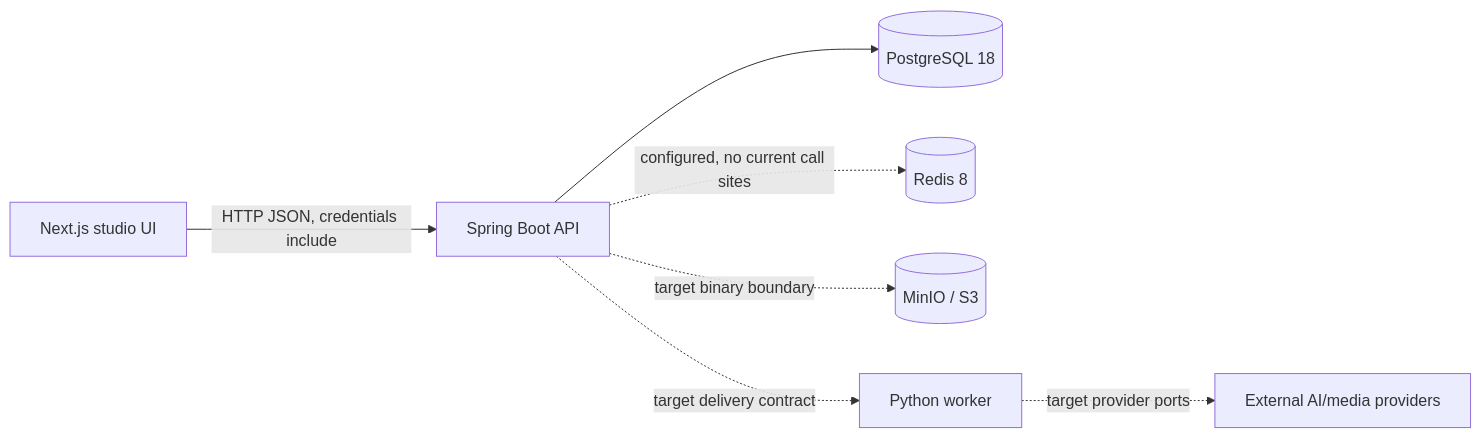
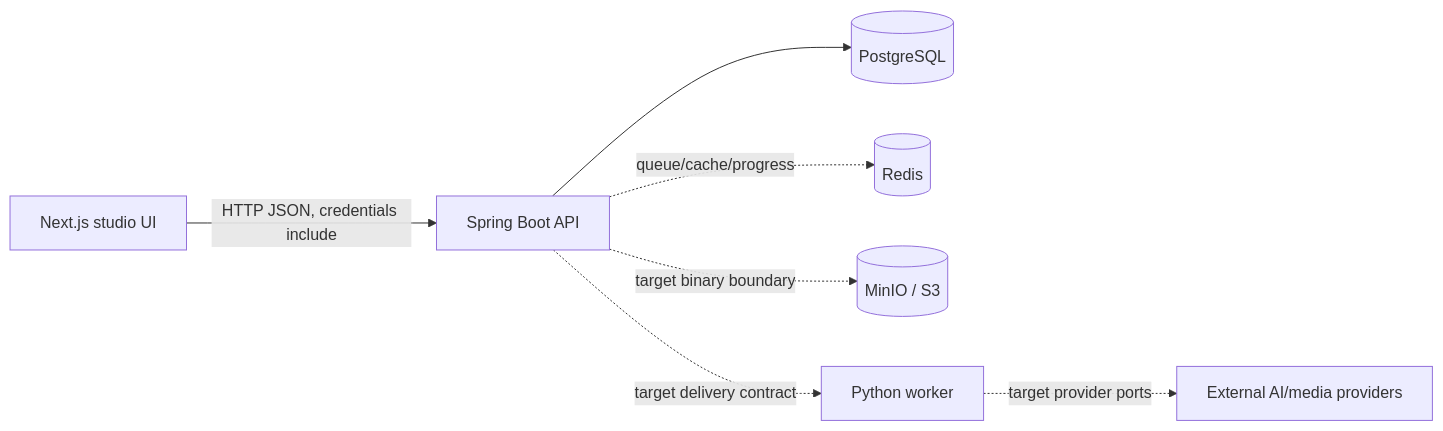
Before and after one commit to huongni2201/NarrativeX: the diagram in documentation/codebase/CODEBASE_MAP.md, drawn with Mermaid. The commit also changed other lines of this file, not shown here.

Commit message:
docs: update current codebase map for storyboard refactor

````diff
--- a/documentation/codebase/CODEBASE_MAP.md
+++ b/documentation/codebase/CODEBASE_MAP.md
@@ -23,9 +23,9 @@
 ```mermaid
 flowchart LR
   FE[Next.js studio UI] -->|HTTP JSON, credentials include| BE[Spring Boot API]
-  BE --> PG[(PostgreSQL 18)]
-  BE -. configured, no current call sites .-> R[(Redis 8)]
+  BE --> PG[(PostgreSQL)]
+  BE -. queue/cache/progress .-> R[(Redis)]
   BE -. target binary boundary .-> S[(MinIO / S3)]
   BE -. target delivery contract .-> W[Python worker]
   W -. target provider ports .-> P[External AI/media providers]
 ```
````
